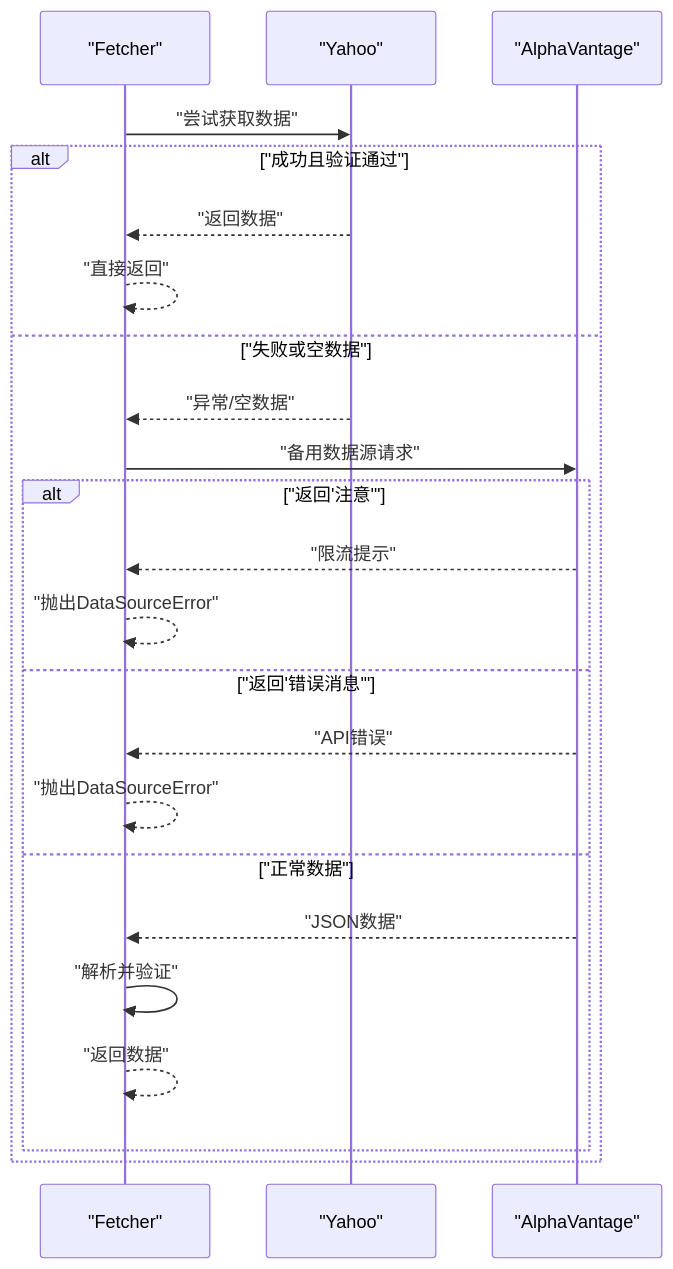
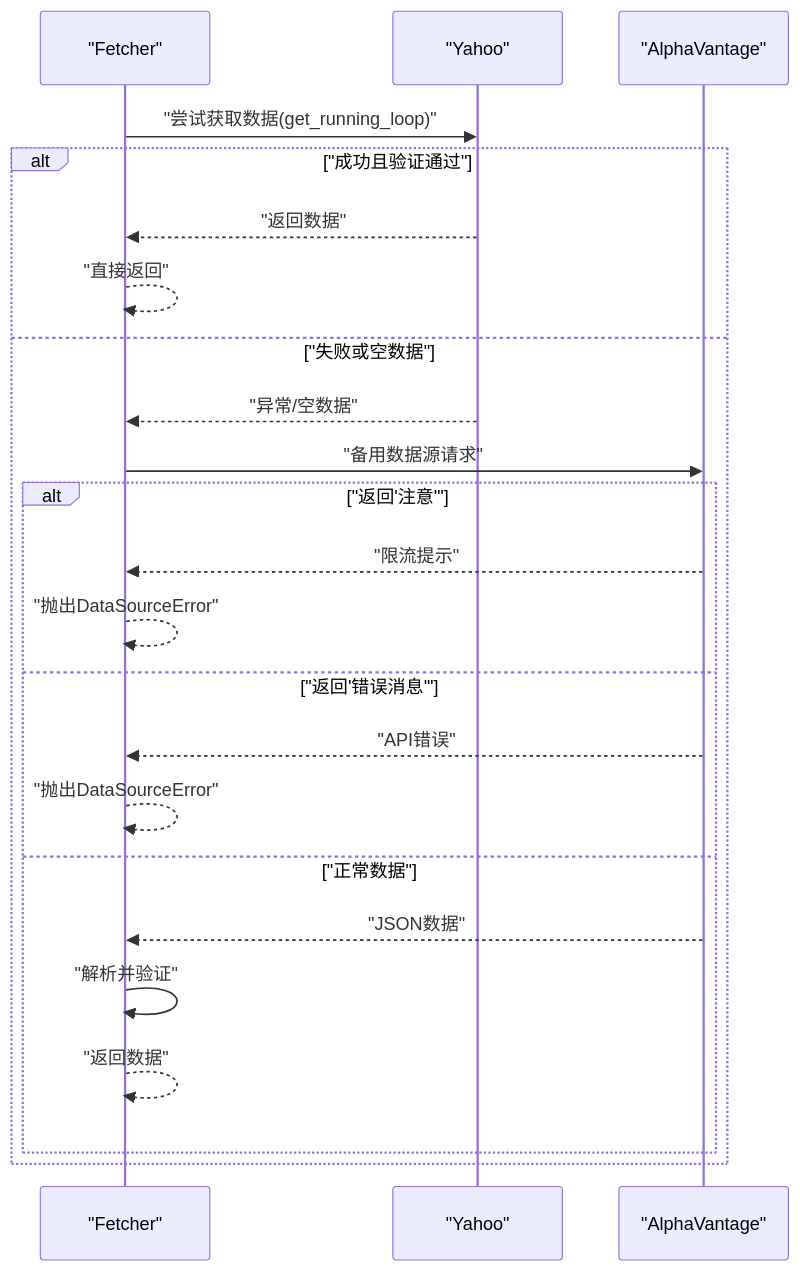
Before and after one commit to raymodny-ai/The-Modern-Turtle-Protocol: the sixth of 10 diagrams in .qoder/repowiki/zh/content/核心功能模块/数据获取模块.md, drawn with Mermaid. The commit also changed other lines of this file and 15 other files, not shown here.

````diff
--- a/.qoder/repowiki/zh/content/核心功能模块/数据获取模块.md
+++ b/.qoder/repowiki/zh/content/核心功能模块/数据获取模块.md
@@ -209,25 +248,25 @@
 ```mermaid
 sequenceDiagram
 participant F as "Fetcher"
 participant Y as "Yahoo"
 participant A as "AlphaVantage"
-F->>Y : "尝试获取数据"
+F->>Y : "尝试获取数据(get_running_loop)"
 alt "成功且验证通过"
 Y-->>F : "返回数据"
 F-->>F : "直接返回"
 else "失败或空数据"
 Y-->>F : "异常/空数据"
 F->>A : "备用数据源请求"
 alt "返回'注意'"
 A-->>F : "限流提示"
 F-->>F : "抛出DataSourceError"
 else "返回'错误消息'"
 A-->>F : "API错误"
 F-->>F : "抛出DataSourceError"
 else "正常数据"
 A-->>F : "JSON数据"
 F->>F : "解析并验证"
 F-->>F : "返回数据"
 end
 end
 ```
````
